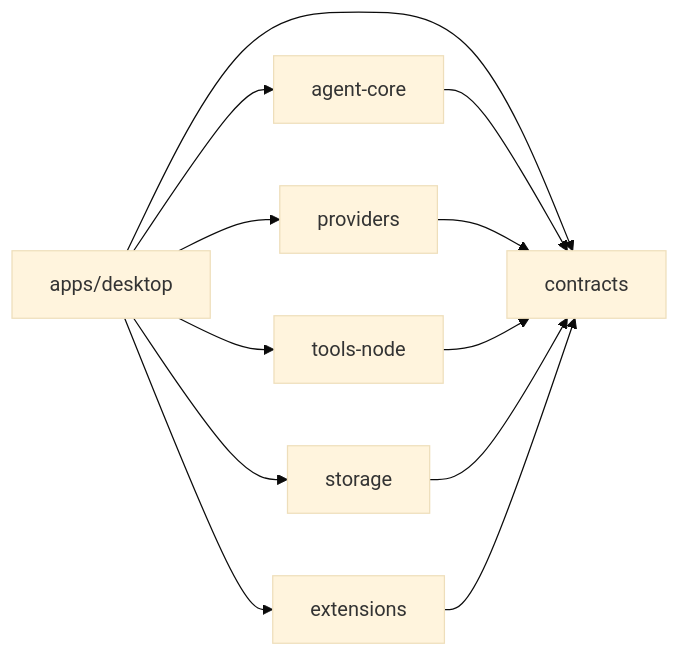
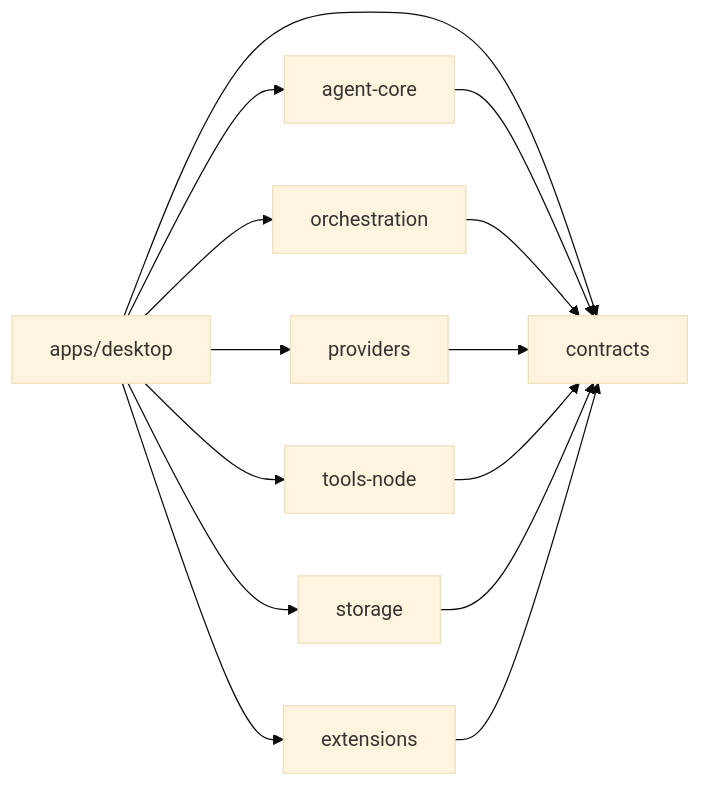
Before and after one commit to zxt6991-source/jojo-agent: the diagram in docs/technical-implementation/README.md, drawn with Mermaid (base theme). The commit also changed other lines of this file and 2 other files, not shown here.

````diff
--- a/docs/technical-implementation/README.md
+++ b/docs/technical-implementation/README.md
@@ -27,14 +28,16 @@
 ```mermaid
 flowchart LR
     D["apps/desktop"] --> C["contracts"]
     D --> A["agent-core"]
     D --> P["providers"]
     D --> T["tools-node"]
     D --> S["storage"]
+    D --> O["orchestration"]
     D --> E["extensions"]
     A --> C
+    O --> C
     P --> C
     T --> C
     S --> C
     E --> C
 ```
````
